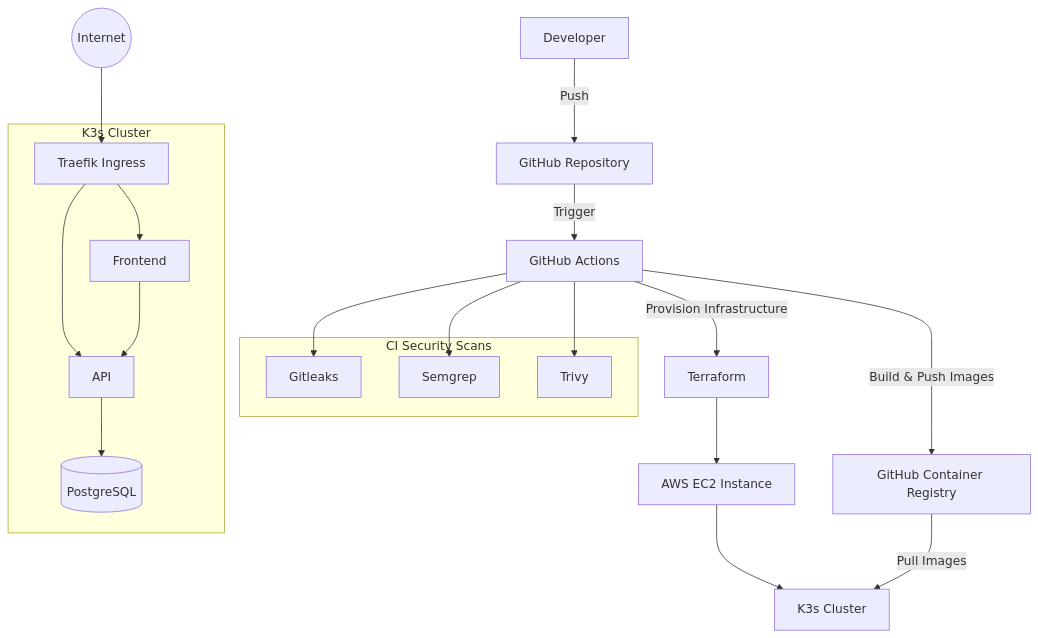
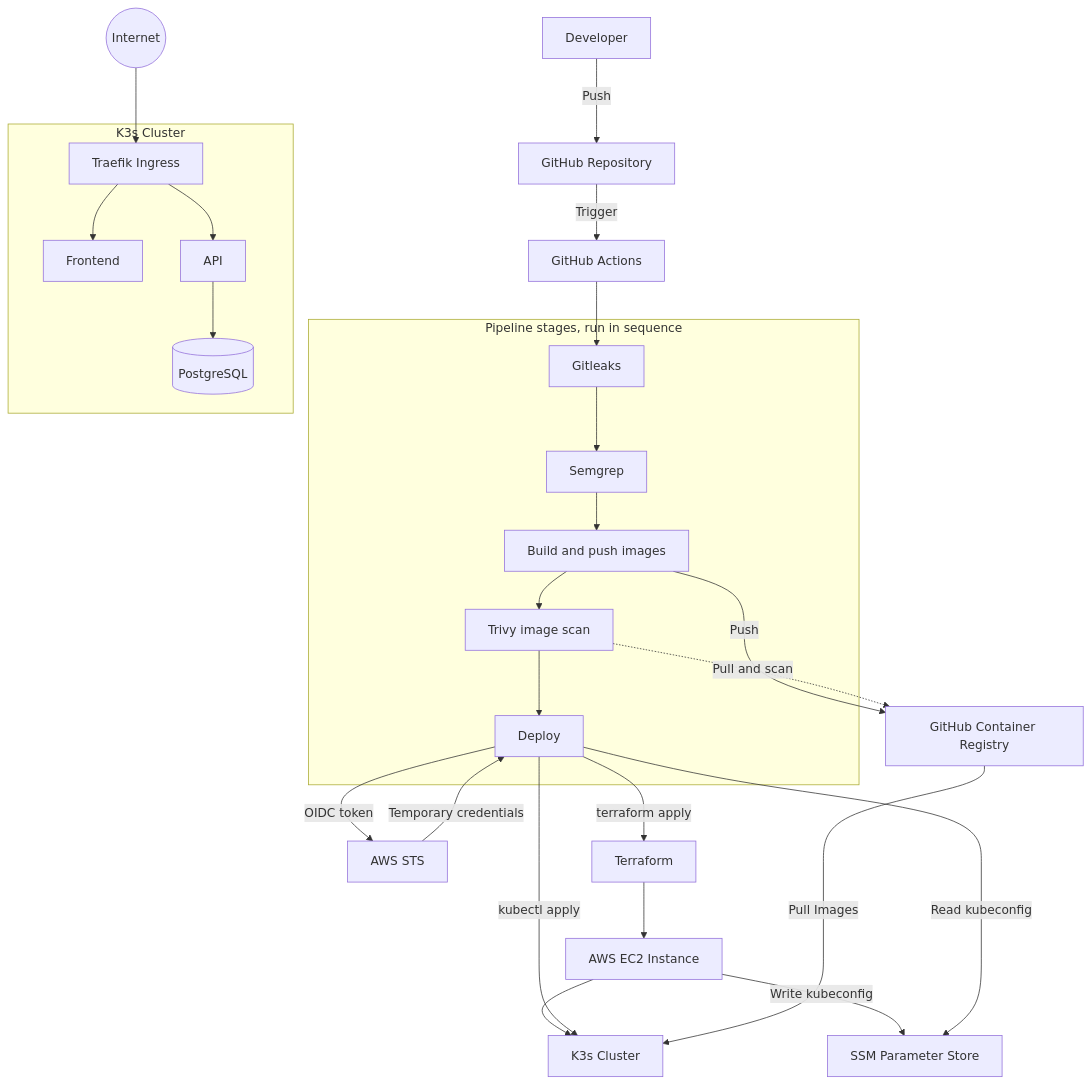
The diagram in README.md (antoan-a-ignatov/devsecops-k3s-demo), drawn with Mermaid before and after one commit. The commit also changed other lines of this file, not shown here.

````diff
--- a/README.md
+++ b/README.md
@@ -49,42 +49,45 @@
 ```mermaid
 flowchart TD
 
     DEV[Developer]
 
     DEV -->|Push| GITHUB[GitHub Repository]
 
     GITHUB -->|Trigger| GHA[GitHub Actions]
 
-    subgraph SECURITY["CI Security Scans"]
-        GITLEAKS[Gitleaks]
-        SEMGREP[Semgrep]
-        TRIVY[Trivy]
+    subgraph PIPELINE["Pipeline stages, run in sequence"]
+        GITLEAKS[Gitleaks] --> SEMGREP[Semgrep] --> BUILD[Build and push images] --> TRIVY[Trivy image scan] --> DEPLOY[Deploy]
     end
 
     GHA --> GITLEAKS
-    GHA --> SEMGREP
-    GHA --> TRIVY
 
-    GHA -->|Build & Push Images| GHCR[GitHub Container Registry]
-    GHA -->|Provision Infrastructure| TF[Terraform]
+    BUILD -->|Push| GHCR[GitHub Container Registry]
+    TRIVY -.->|Pull and scan| GHCR
+
+    DEPLOY -->|OIDC token| STS[AWS STS]
+    STS -->|Temporary credentials| DEPLOY
+    DEPLOY -->|terraform apply| TF[Terraform]
 
     TF --> EC2[AWS EC2 Instance]
     EC2 --> K3S[K3s Cluster]
+
+    EC2 -->|Write kubeconfig| SSM[SSM Parameter Store]
+    DEPLOY -->|Read kubeconfig| SSM
+    DEPLOY -->|kubectl apply| K3S
 
     GHCR -->|Pull Images| K3S
 
     subgraph CLUSTER["K3s Cluster"]
         TRAEFIK[Traefik Ingress]
         FRONTEND[Frontend]
         API[API]
         DB[(PostgreSQL)]
     end
 
     INTERNET((Internet)) --> TRAEFIK
 
     TRAEFIK --> FRONTEND
     TRAEFIK --> API
 
-    FRONTEND --> API
     API --> DB
 ```
````
